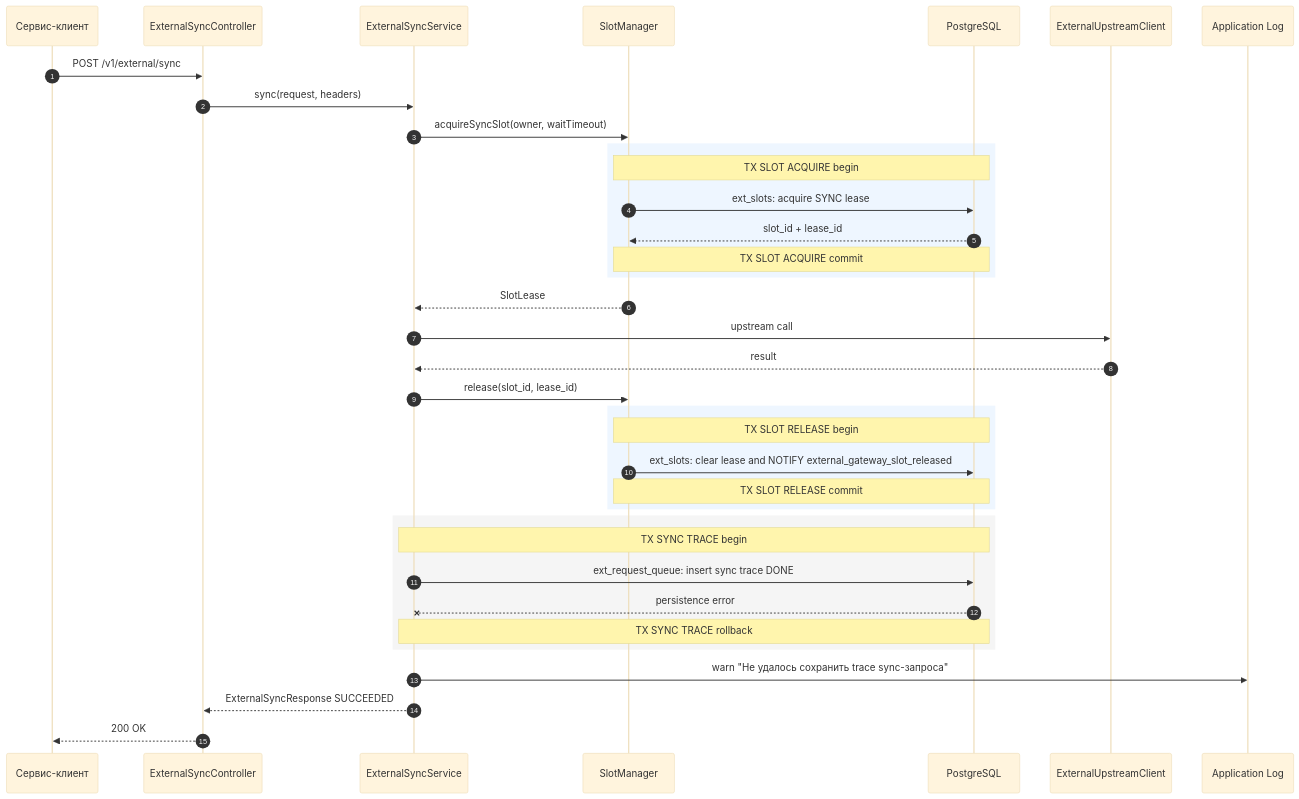
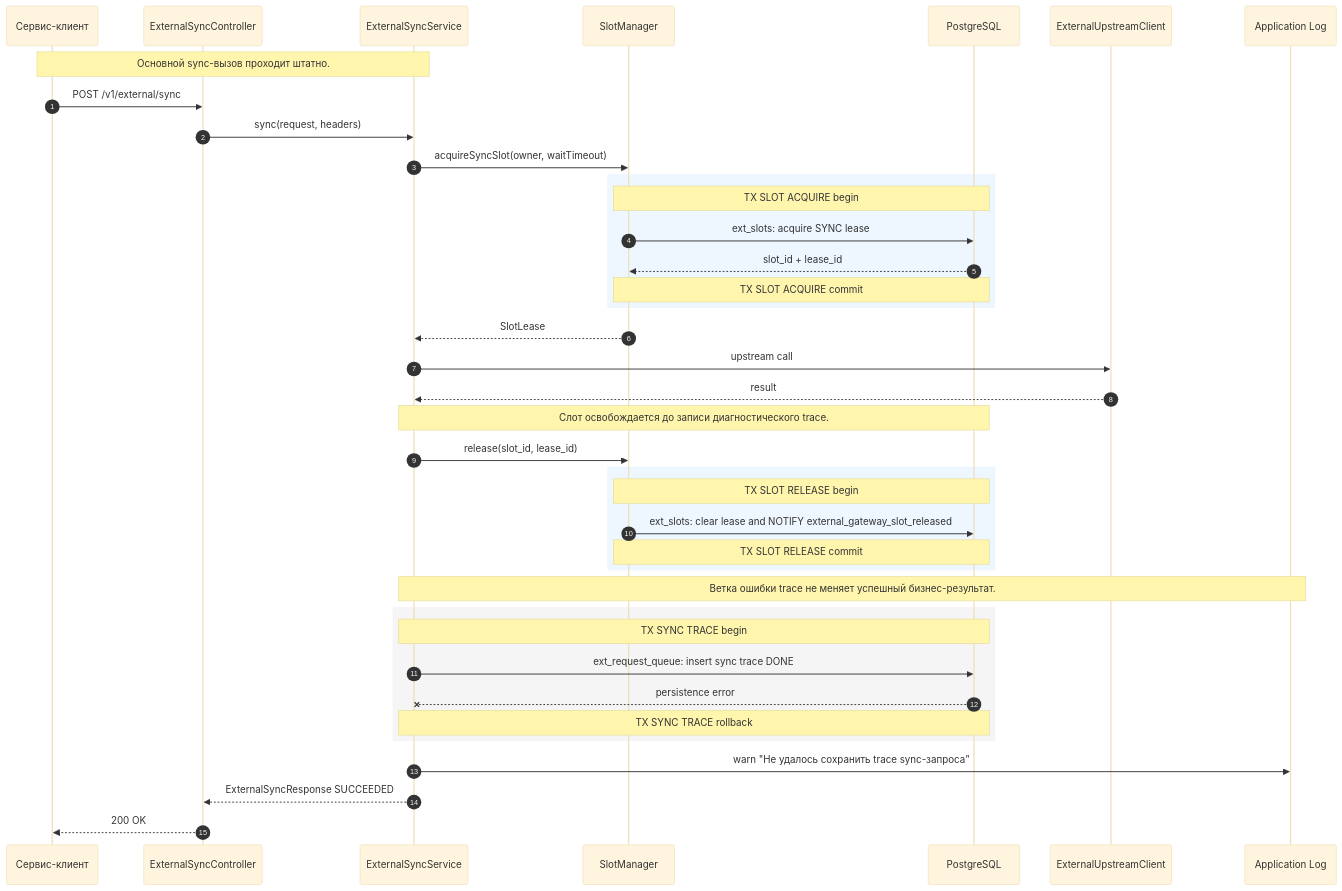
Before and after one commit to DenisVanin4402/TestQwenCli: the seventh of 7 diagrams in docs/external-service-gateway/architecture/05-sequence-sync.md, drawn with Mermaid (base theme). The commit also changed other lines of this file and 2 other files, not shown here.

Commit message:
диаграммы обновлены детализацией sequence

````diff
--- a/docs/external-service-gateway/architecture/05-sequence-sync.md
+++ b/docs/external-service-gateway/architecture/05-sequence-sync.md
@@ -318,39 +491,42 @@
 ```mermaid
 sequenceDiagram
     autonumber
     participant Client as Сервис-клиент
     participant API as ExternalSyncController
     participant Sync as ExternalSyncService
     participant Slots as SlotManager
     participant DB as PostgreSQL
     participant Upstream as ExternalUpstreamClient
     participant Log as Application Log
 
+    Note over Client,Sync: Основной sync-вызов проходит штатно.
     Client->>API: POST /v1/external/sync
     API->>Sync: sync(request, headers)
     Sync->>Slots: acquireSyncSlot(owner, waitTimeout)
     rect rgb(238, 246, 255)
         Note over Slots,DB: TX SLOT ACQUIRE begin
         Slots->>DB: ext_slots: acquire SYNC lease
         DB-->>Slots: slot_id + lease_id
         Note over Slots,DB: TX SLOT ACQUIRE commit
     end
     Slots-->>Sync: SlotLease
     Sync->>Upstream: upstream call
     Upstream-->>Sync: result
+    Note over Sync,DB: Слот освобождается до записи диагностического trace.
     Sync->>Slots: release(slot_id, lease_id)
     rect rgb(238, 246, 255)
         Note over Slots,DB: TX SLOT RELEASE begin
         Slots->>DB: ext_slots: clear lease and NOTIFY external_gateway_slot_released
         Note over Slots,DB: TX SLOT RELEASE commit
     end
+    Note over Sync,Log: Ветка ошибки trace не меняет успешный бизнес-результат.
     rect rgb(245, 245, 245)
         Note over Sync,DB: TX SYNC TRACE begin
         Sync->>DB: ext_request_queue: insert sync trace DONE
         DB--xSync: persistence error
         Note over Sync,DB: TX SYNC TRACE rollback
     end
     Sync->>Log: warn "Не удалось сохранить trace sync-запроса"
     Sync-->>API: ExternalSyncResponse SUCCEEDED
     API-->>Client: 200 OK
 ```
````
